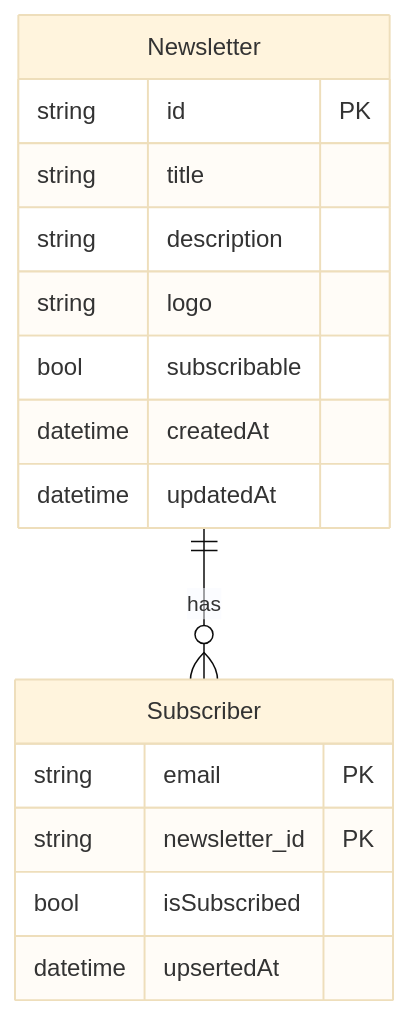
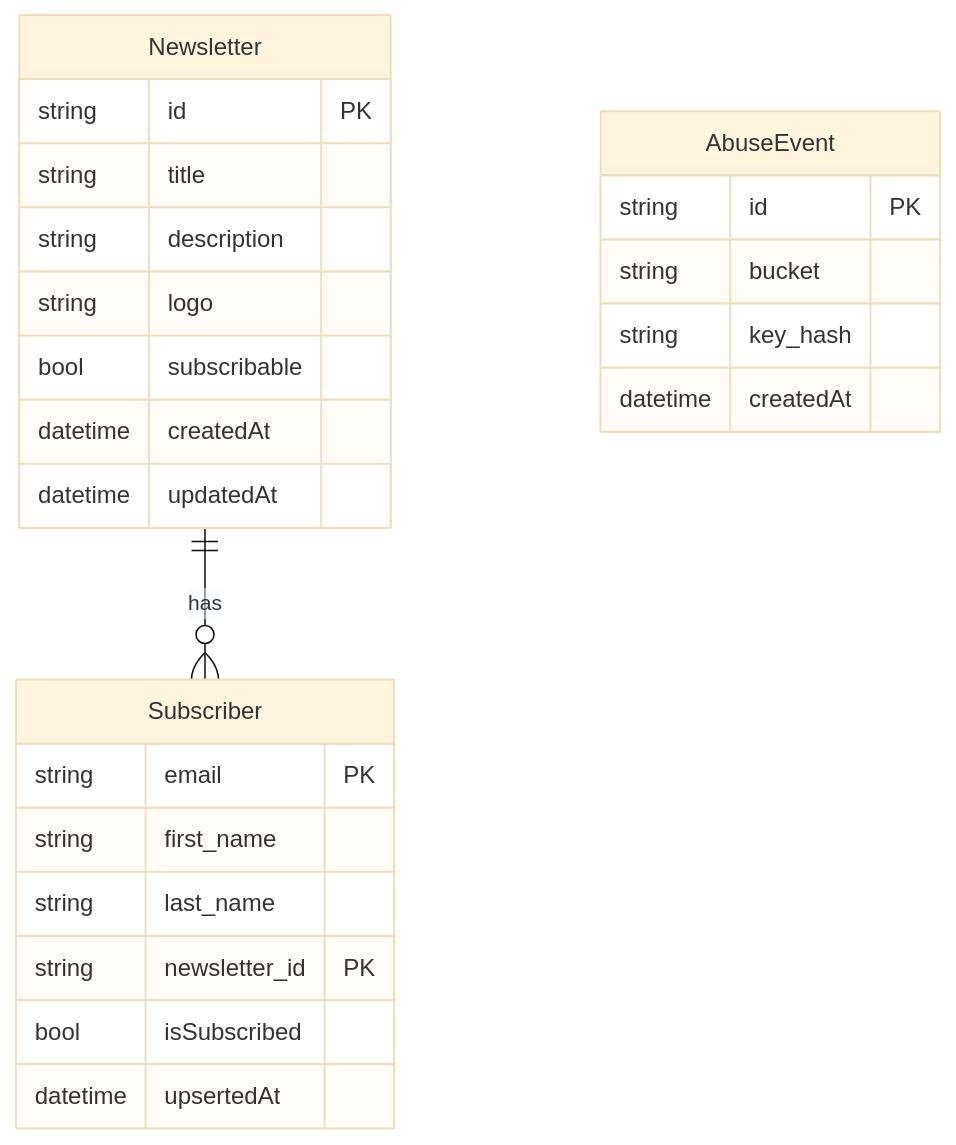
One commit to gordon8214/LetterDrop changed the diagram in app/README.md. Above: the diagram before and after it, drawn with Mermaid (base theme). The commit also changed other lines of this file and 14 other files, not shown here.

````diff
--- a/app/README.md
+++ b/app/README.md
@@ -22,21 +34,30 @@
 ```mermaid
 erDiagram
     Newsletter ||--o{ Subscriber : has
 
     Newsletter {
         string id PK
         string title
         string description 
         string logo
         bool subscribable
         datetime createdAt
         datetime updatedAt
     }
 
     Subscriber {
         string email PK
+        string first_name
+        string last_name
         string newsletter_id PK
         bool isSubscribed
         datetime upsertedAt
     }
+
+    AbuseEvent {
+        string id PK
+        string bucket
+        string key_hash
+        datetime createdAt
+    }
 ```
````
